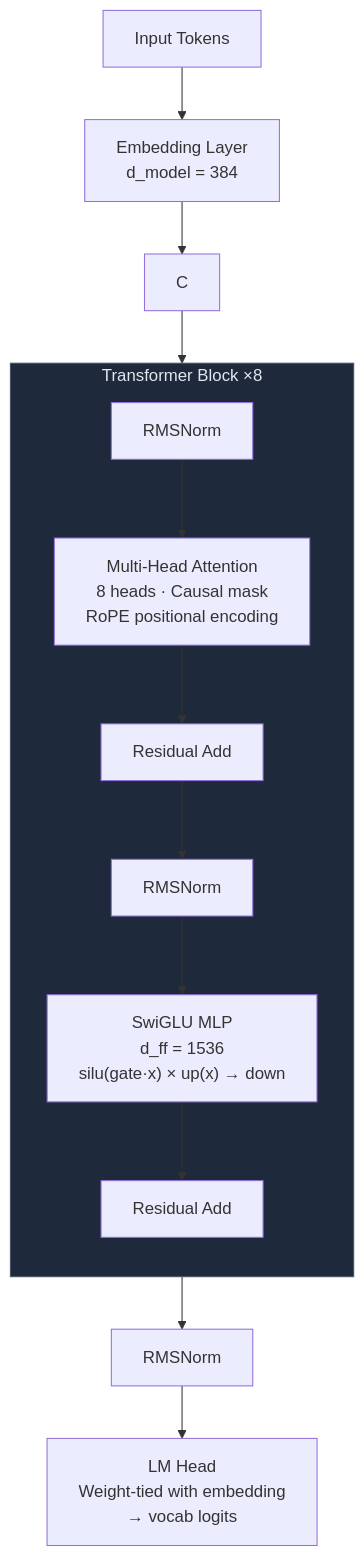
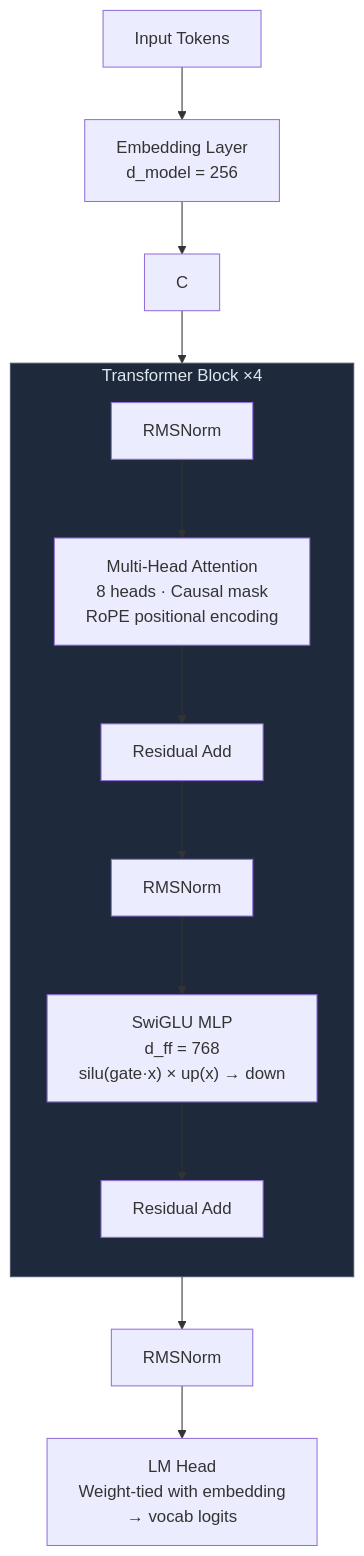
The second of 2 diagrams in README.md (Justme-Cliff/FinanceGPT), drawn with Mermaid before and after one commit. The commit also changed other lines of this file and 3 other files, not shown here.

````diff
--- a/README.md
+++ b/README.md
@@ -83,25 +83,25 @@
 ```mermaid
 flowchart TD
     A["Input Tokens"] --> B
 
-    B["Embedding Layer\nd_model = 384"]
+    B["Embedding Layer\nd_model = 256"]
     B --> C
 
-    subgraph Block ["Transformer Block ×8"]
+    subgraph Block ["Transformer Block ×4"]
         direction TB
         C1["RMSNorm"] --> C2
         C2["Multi-Head Attention\n8 heads · Causal mask\nRoPE positional encoding"] --> C3
         C3["Residual Add"] --> C4
         C4["RMSNorm"] --> C5
-        C5["SwiGLU MLP\nd_ff = 1536\nsilu(gate·x) × up(x) → down"] --> C6
+        C5["SwiGLU MLP\nd_ff = 768\nsilu(gate·x) × up(x) → down"] --> C6
         C6["Residual Add"]
     end
 
     C --> C1
     C6 --> D
 
     D["RMSNorm"] --> E
     E["LM Head\nWeight-tied with embedding\n→ vocab logits"]
 
     style Block fill:#1e293b,stroke:#475569,color:#e2e8f0
 ```
````
